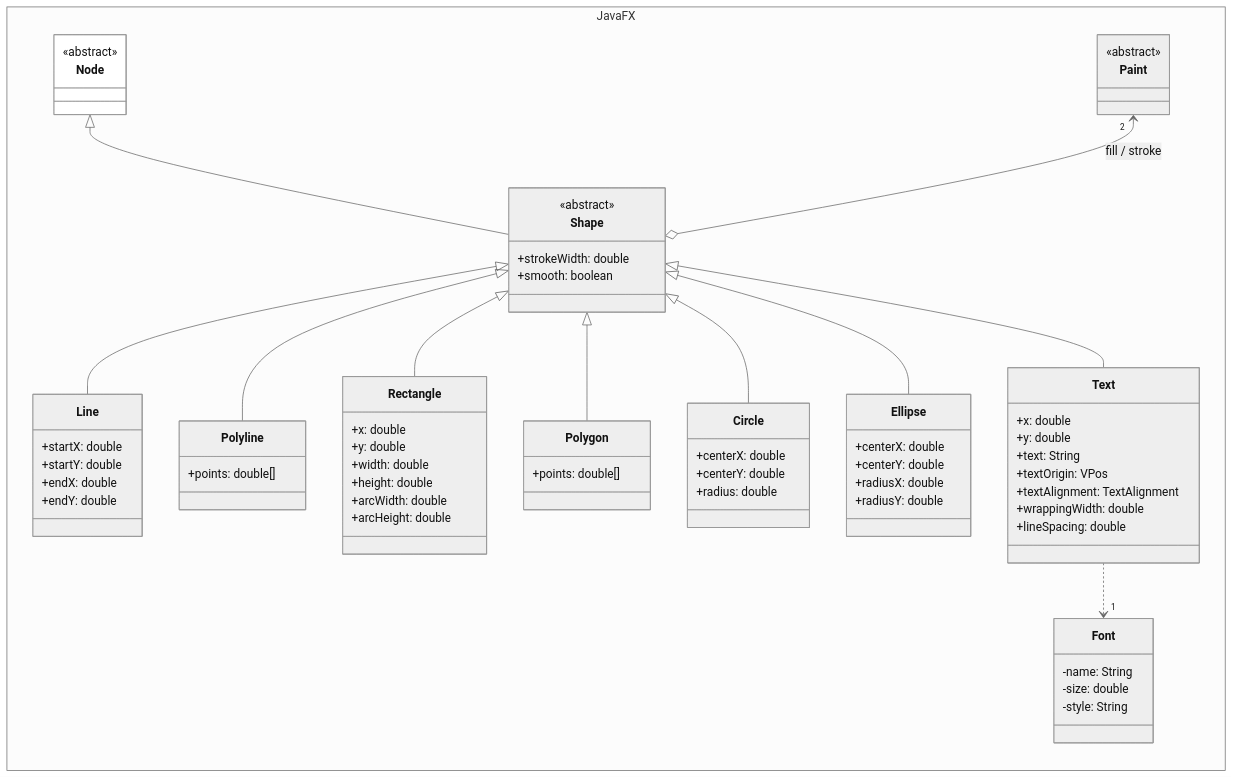
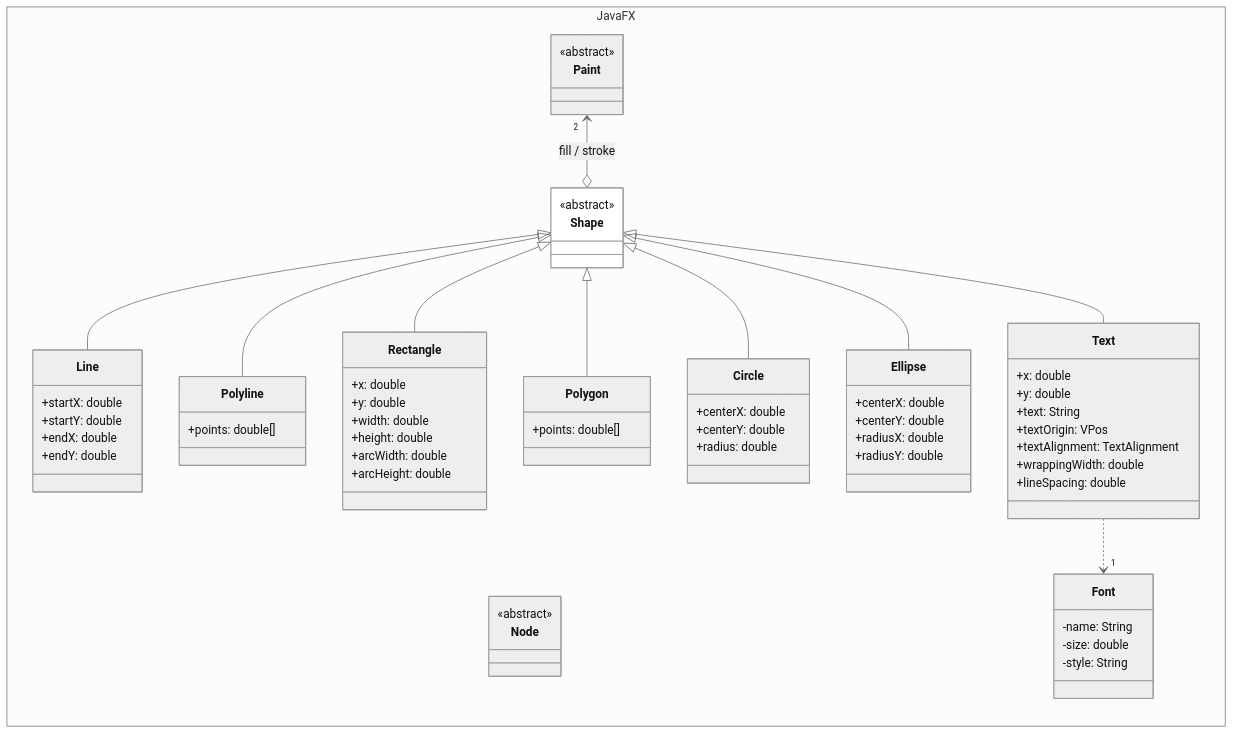
Before and after one commit to ghackenberg/kurs-java-programmierung: the diagram in Grafiken/JavaFX/Shape.mmd, drawn with Mermaid (neutral theme). The commit also changed 9 other files, not shown here.

```diff
--- a/Grafiken/JavaFX/Shape.mmd
+++ b/Grafiken/JavaFX/Shape.mmd
@@ -1,93 +1,89 @@
 classDiagram
 
     direction LR
 
     namespace JavaFX {
 
         class Node {
             <<abstract>>
         }
 
         class Paint {
             <<abstract>>
         }
 
         class Shape {
             <<abstract>>
-            +strokeWidth: double
-            +smooth: boolean
         }
 
         class Line {
             +startX: double
             +startY: double
             +endX: double
             +endY: double
         }
 
         class Polyline {
             +points: double[]
         }
 
         class Rectangle {
             +x: double
             +y: double
             +width: double
             +height: double
             +arcWidth: double
             +arcHeight: double
         }
 
         class Polygon {
             +points: double[]
         }
 
         class Circle {
             +centerX: double
             +centerY: double
             +radius: double
         }
 
         class Ellipse {
             +centerX: double
             +centerY: double
             +radiusX: double
             +radiusY: double
         }
         
         class Text {
             +x: double
             +y: double
             +text: String
             +textOrigin: VPos
             +textAlignment: TextAlignment
             +wrappingWidth: double
             +lineSpacing: double
         }
 
         class Font {
             -name: String
             -size: double
             -style: String
         }
 
     }
 
-    Node <|-- Shape
-
     Paint "2"<--o Shape: fill / stroke
 
     Shape <|-- Line
     Shape <|-- Polyline
     
     Shape <|-- Rectangle
     Shape <|-- Polygon
     
     Shape <|-- Circle
     Shape <|-- Ellipse
 
     Shape <|-- Text
 
     Text ..>"1" Font
 
-    style Node fill:white
+    style Shape fill:white
```
